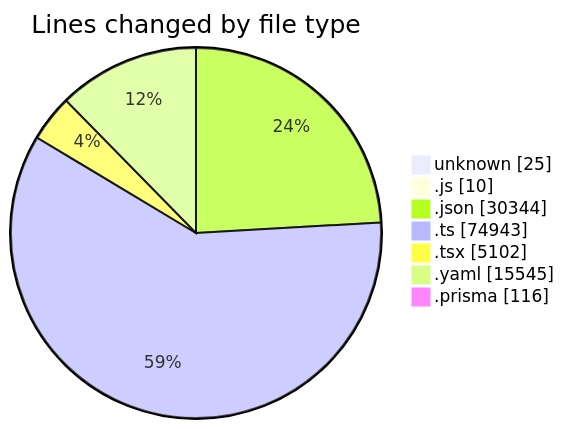
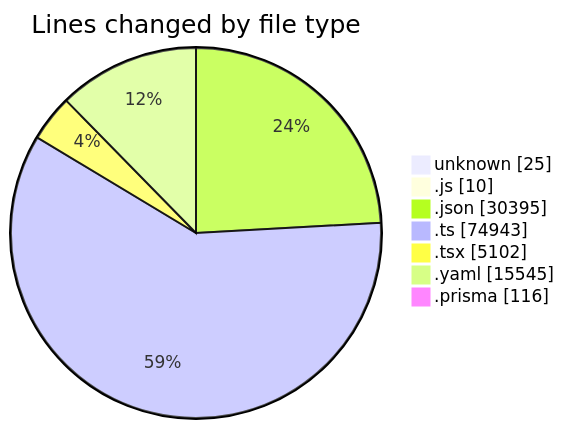
One commit to CELIANVF/code-tracking changed the first of 2 diagrams in 2025-05-02/ecodeli/README.md. Above: the diagram before and after it, drawn with Mermaid. The commit also changed other lines of this file and 1 other file, not shown here.

````diff
--- a/2025-05-02/ecodeli/README.md
+++ b/2025-05-02/ecodeli/README.md
@@ -77,11 +78,11 @@
 ```mermaid
 pie showData
 title Lines changed by file type
 "unknown" : 25
 ".js" : 10
-".json" : 30344
+".json" : 30395
 ".ts" : 74943
 ".tsx" : 5102
 ".yaml" : 15545
 ".prisma" : 116
 ```
````
